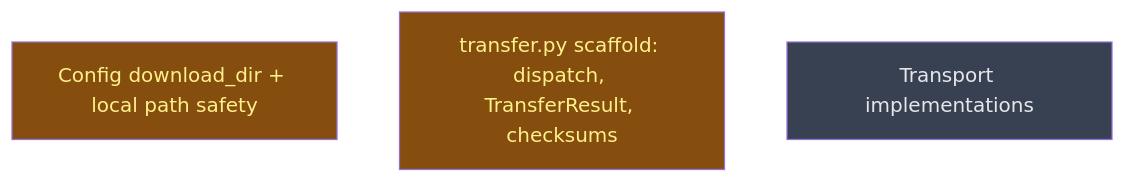
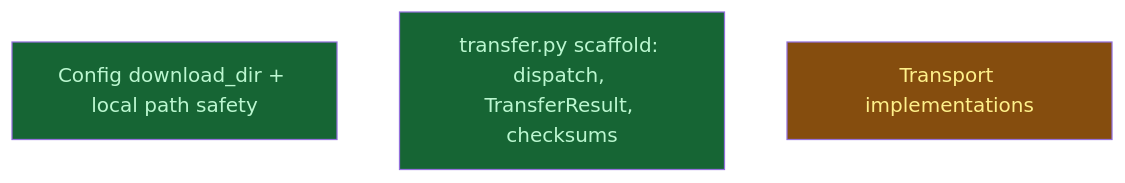
The diagram in __roadmap__/fs-download-rework/README.md (RIKEN-RCCS/Rikyu-Agent), drawn with Mermaid before and after one commit. The commit also changed other lines of this file and 9 other files, not shown here.

First line of the commit message:
chore(transfer): transports package auto-discovery + pytest dev dep

````diff
--- a/__roadmap__/fs-download-rework/README.md
+++ b/__roadmap__/fs-download-rework/README.md
@@ -26,11 +26,11 @@
 ```mermaid
 graph TD
-    config_and_paths[Config download_dir + local path safety]:::inprogress
-    transfer_scaffold[transfer.py scaffold: dispatch, TransferResult, checksums]:::inprogress
-    transports[Transport implementations]:::planned
+    config_and_paths[Config download_dir + local path safety]:::done
+    transfer_scaffold[transfer.py scaffold: dispatch, TransferResult, checksums]:::done
+    transports[Transport implementations]:::inprogress
     classDef done       fill:#166534,color:#bbf7d0
     classDef inprogress fill:#854d0e,color:#fef08a
     classDef planned    fill:#374151,color:#e5e7eb
     classDef amendment  fill:#1e3a5f,color:#bfdbfe
     classDef blocked    fill:#7f1d1d,color:#fecaca
 ```
````
